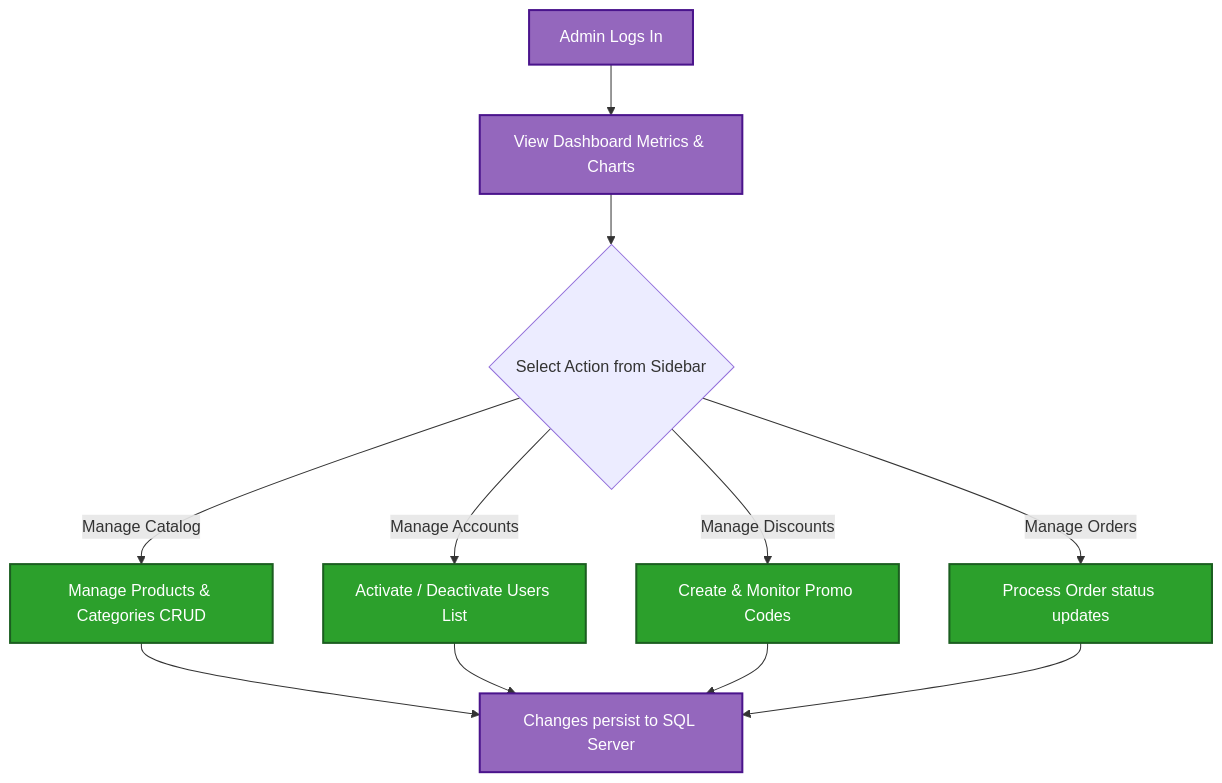
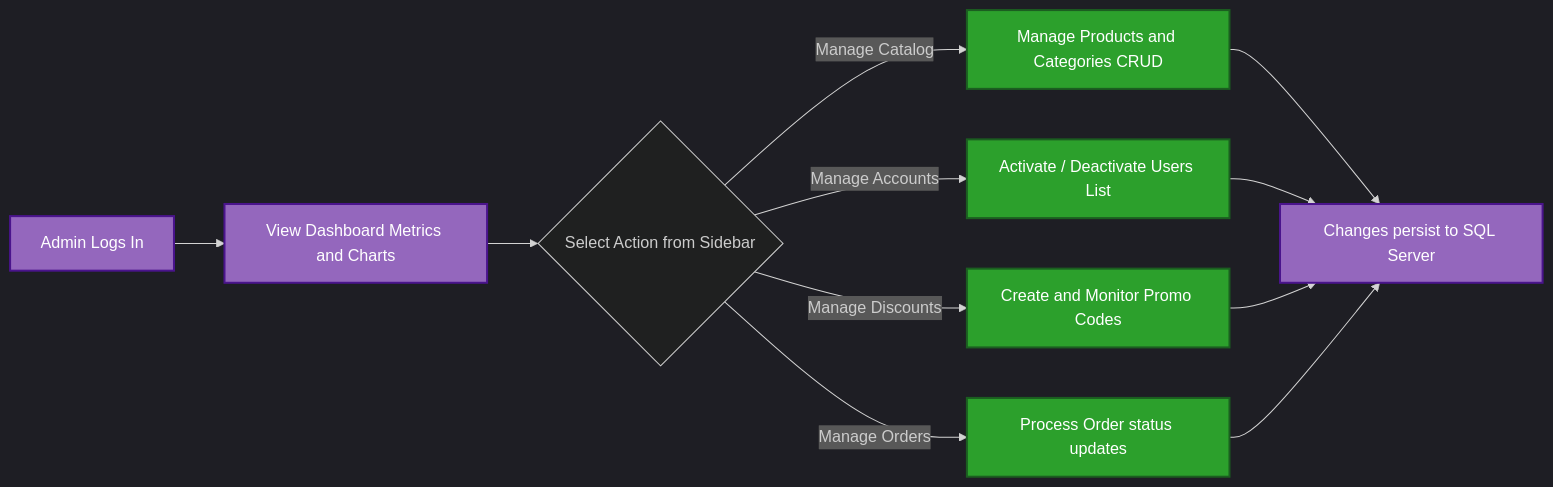
The second of 2 diagrams in Book/Sec-6_Agile_User_Stories.md (abdulrahmanhossam/ecommerce-mvc), drawn with Mermaid before and after one commit. The commit also changed other lines of this file and 75 other files, not shown here.

````diff
--- a/Book/Sec-6_Agile_User_Stories.md
+++ b/Book/Sec-6_Agile_User_Stories.md
@@ -143,17 +146,18 @@
 ```mermaid
-graph TD
+%%{init: {'theme': 'dark'}}%%
+graph LR
     classDef step fill:#9467bd,stroke:#4a148c,stroke-width:2px,color:#fff;
     classDef opt fill:#2ca02c,stroke:#1b5e20,stroke-width:2px,color:#fff;
 
-    Start[Admin Logs In]:::step --> Dashboard[View Dashboard Metrics & Charts]:::step
+    Start[Admin Logs In]:::step --> Dashboard[View Dashboard Metrics and Charts]:::step
     Dashboard --> SelectAction{Select Action from Sidebar}
-    SelectAction -->|Manage Catalog| Products[Manage Products & Categories CRUD]:::opt
+    SelectAction -->|Manage Catalog| Products[Manage Products and Categories CRUD]:::opt
     SelectAction -->|Manage Accounts| Users[Activate / Deactivate Users List]:::opt
-    SelectAction -->|Manage Discounts| Promos[Create & Monitor Promo Codes]:::opt
+    SelectAction -->|Manage Discounts| Promos[Create and Monitor Promo Codes]:::opt
     SelectAction -->|Manage Orders| Orders[Process Order status updates]:::opt
 
     Products --> SaveDB[Changes persist to SQL Server]:::step
     Users --> SaveDB
     Promos --> SaveDB
     Orders --> SaveDB
 ```
````
